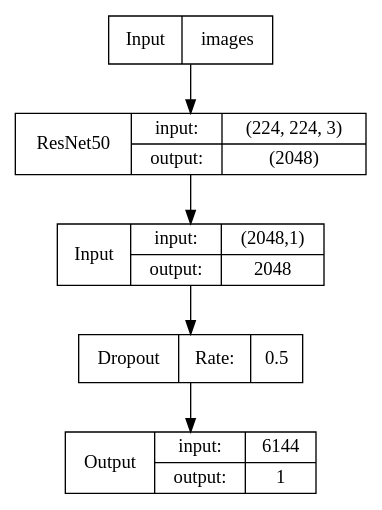
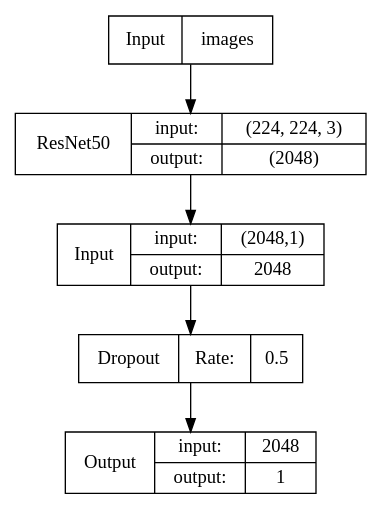
Before and after one commit to blackantchen/ml_final_project: the diagram in sigle-model.gv, drawn with Graphviz. The commit also changed 4 other files, not shown here.

```diff
--- a/sigle-model.gv
+++ b/sigle-model.gv
@@ -1,13 +1,13 @@
 // The Model Chart
 digraph {
 	node [shape=record]
 	IN [label="Input|images"]
 	"PRE-R" [label="ResNet50|{input:|output:}|{(224, 224, 3)|(2048)}"]
 	IN -> "PRE-R"
 	L3 [label="Input|{input:|output:}|{(2048,1)|2048}"]
 	"PRE-R" -> L3
 	L4 [label="Dropout|Rate:|0.5"]
-	L5 [label="Output|{input:|output:}|{6144|1}"]
+	L5 [label="Output|{input:|output:}|{2048|1}"]
 	L3 -> L4
 	L4 -> L5
 }
```
